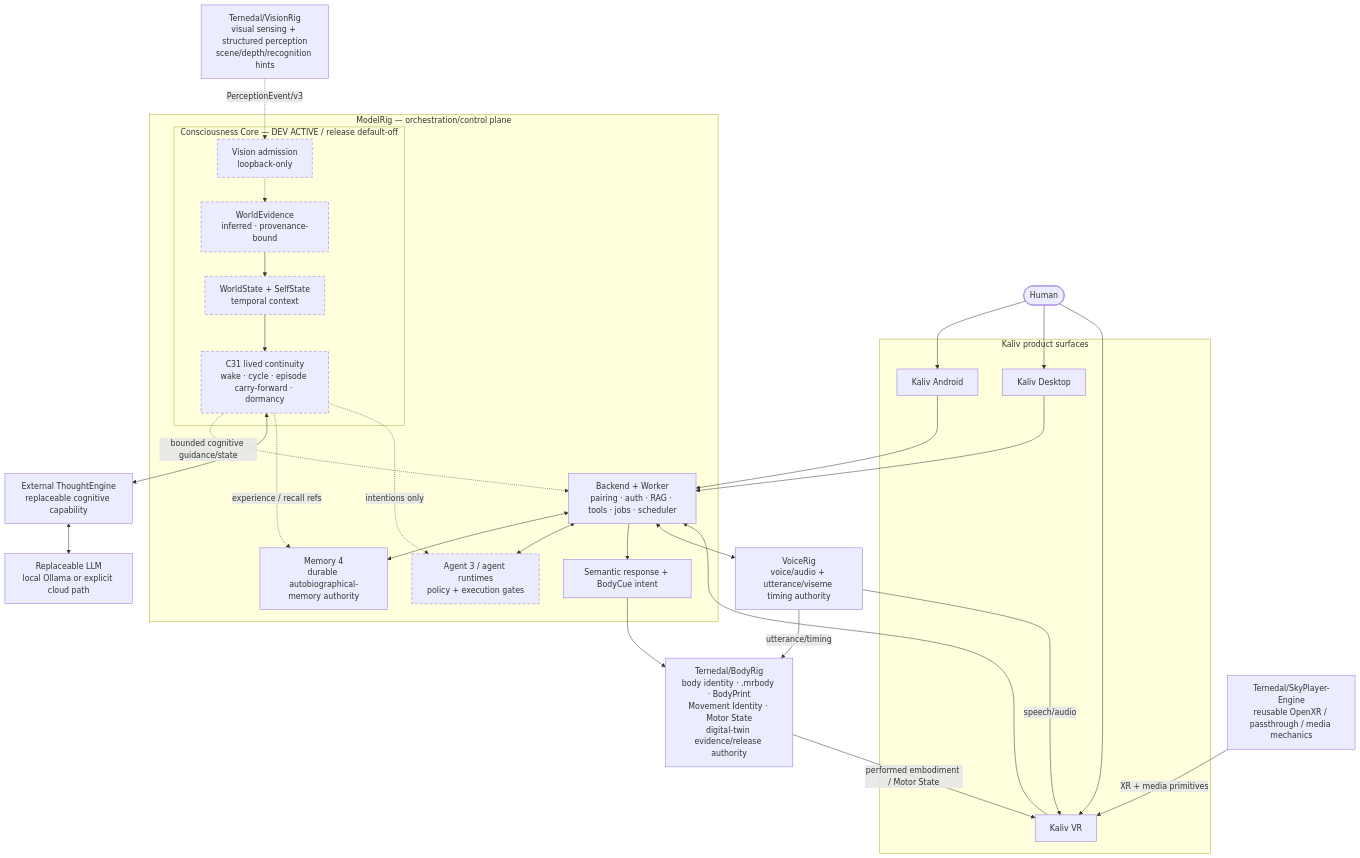
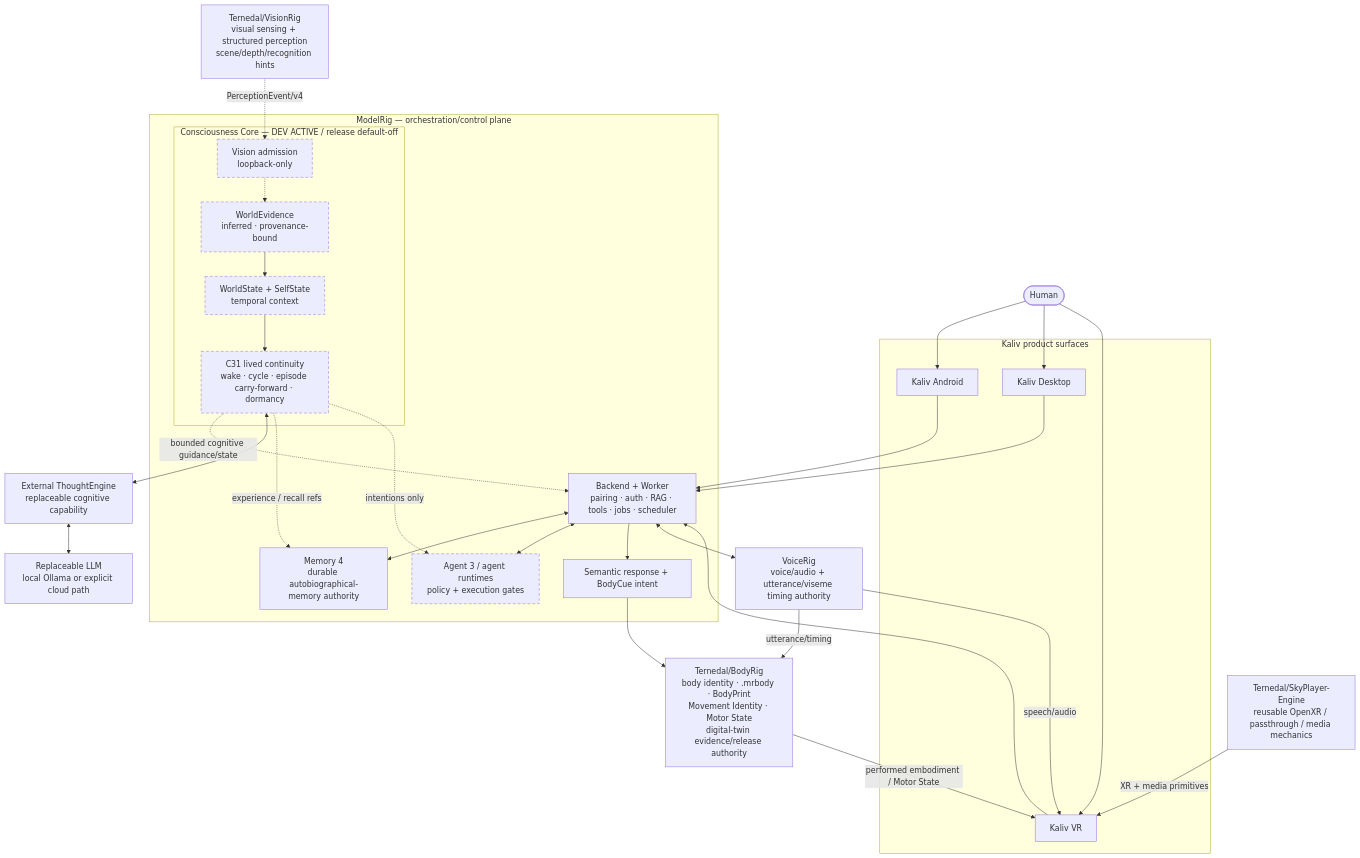
Before and after one commit to Ternedal/ModelRig: the first of 3 diagrams in docs/KALIV_SYSTEM_DEFINITION.md, drawn with Mermaid.

Commit message:
docs: align docs/KALIV_SYSTEM_DEFINITION.md with VisionRig PerceptionEvent v4

````diff
--- a/docs/KALIV_SYSTEM_DEFINITION.md
+++ b/docs/KALIV_SYSTEM_DEFINITION.md
@@ -30,65 +30,65 @@
 ```mermaid
 flowchart TB
     Human([Human])
 
     subgraph Clients["Kaliv product surfaces"]
         Android["Kaliv Android"]
         Desktop["Kaliv Desktop"]
         KVR["Kaliv VR"]
     end
 
     subgraph MR["ModelRig — orchestration/control plane"]
         API["Backend + Worker<br/>pairing · auth · RAG · tools · jobs · scheduler"]
         Memory["Memory 4<br/>durable autobiographical-memory authority"]
         Agents["Agent 3 / agent runtimes<br/>policy + execution gates"]
         Intent["Semantic response + BodyCue intent"]
 
         subgraph Core["Consciousness Core — DEV ACTIVE / release default-off"]
             Admission["Vision admission<br/>loopback-only"]
             WE["WorldEvidence<br/>inferred · provenance-bound"]
             WS["WorldState + SelfState<br/>temporal context"]
             C31["C31 lived continuity<br/>wake · cycle · episode carry-forward · dormancy"]
         end
     end
 
     TE["External ThoughtEngine<br/>replaceable cognitive capability"]
     LLM["Replaceable LLM<br/>local Ollama or explicit cloud path"]
     Voice["VoiceRig<br/>voice/audio + utterance/viseme timing authority"]
     Vision["Ternedal/VisionRig<br/>visual sensing + structured perception<br/>scene/depth/recognition hints"]
     Body["Ternedal/BodyRig<br/>body identity · .mrbody · BodyPrint<br/>Movement Identity · Motor State<br/>digital-twin evidence/release authority"]
     Sky["Ternedal/SkyPlayer-Engine<br/>reusable OpenXR / passthrough / media mechanics"]
 
     Human --> Android
     Human --> Desktop
     Human --> KVR
 
     Android --> API
     Desktop --> API
     KVR --> API
 
     API <--> Memory
     API <--> Agents
     C31 -. "bounded cognitive guidance/state" .-> API
     API --> Intent
 
-    Vision -. "PerceptionEvent/v3" .-> Admission
+    Vision -. "PerceptionEvent/v4" .-> Admission
     Admission -.-> WE
     WE --> WS
     WS --> C31
 
     C31 <--> TE
     TE <--> LLM
     C31 -. "experience / recall refs" .-> Memory
     C31 -. "intentions only" .-> Agents
 
     API <--> Voice
     Intent --> Body
     Voice -->|"utterance/timing"| Body
 
     Body -->|"performed embodiment / Motor State"| KVR
     Voice -->|"speech/audio"| KVR
     Sky -->|"XR + media primitives"| KVR
 
     classDef dormant stroke-dasharray:6 4;
     class Admission,WE,WS,C31,Agents dormant;
 ```
````
